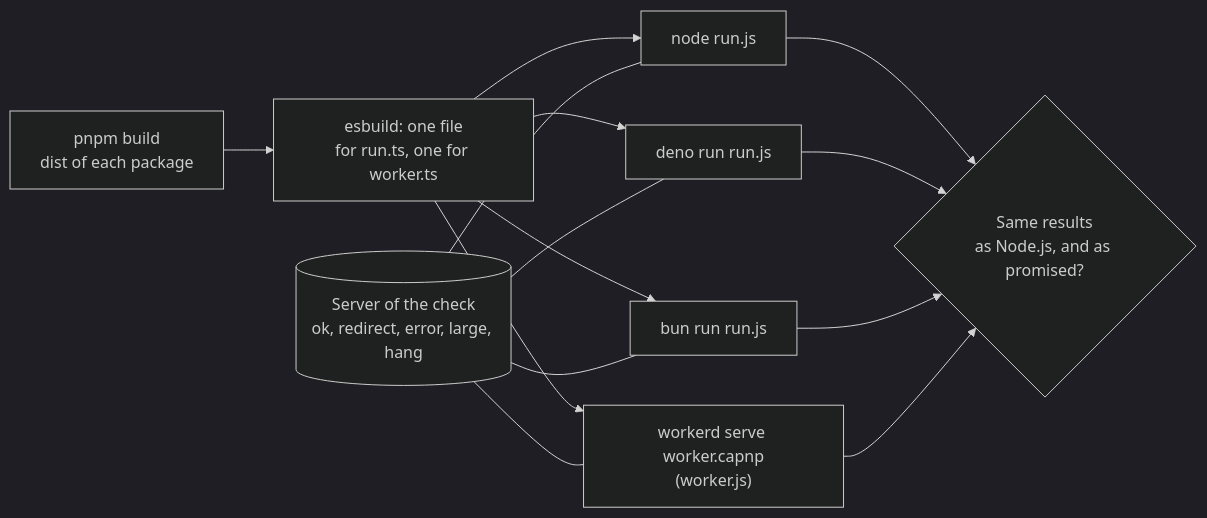
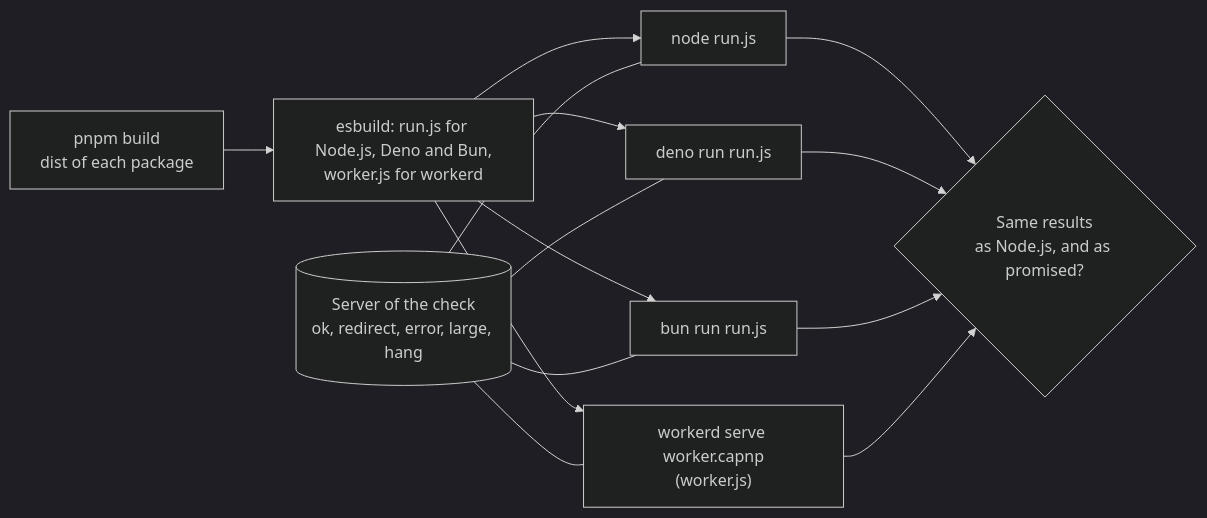
One commit to interopkit/interopkit changed the diagram in compat/README.md. Above: the diagram before and after it, drawn with Mermaid (dark theme). The commit also changed other lines of this file and 11 other files, not shown here.

````diff
--- a/compat/README.md
+++ b/compat/README.md
@@ -8,16 +8,16 @@
 ```mermaid
 flowchart LR
-  build["pnpm build<br/>dist of each package"] --> bundle["esbuild: one file<br/>for run.ts, one for worker.ts"]
+  build["pnpm build<br/>dist of each package"] --> bundle["esbuild: run.js for Node.js, Deno and Bun,<br/>worker.js for workerd"]
   bundle --> node["node run.js"]
   bundle --> deno["deno run run.js"]
   bundle --> bun["bun run run.js"]
   bundle --> workerd["workerd serve worker.capnp<br/>(worker.js)"]
   server[("Server of the check<br/>ok, redirect, error, large, hang")] --- node
   server --- deno
   server --- bun
   server --- workerd
   node --> compare{"Same results<br/>as Node.js, and as promised?"}
   deno --> compare
   bun --> compare
   workerd --> compare
 ```
````
